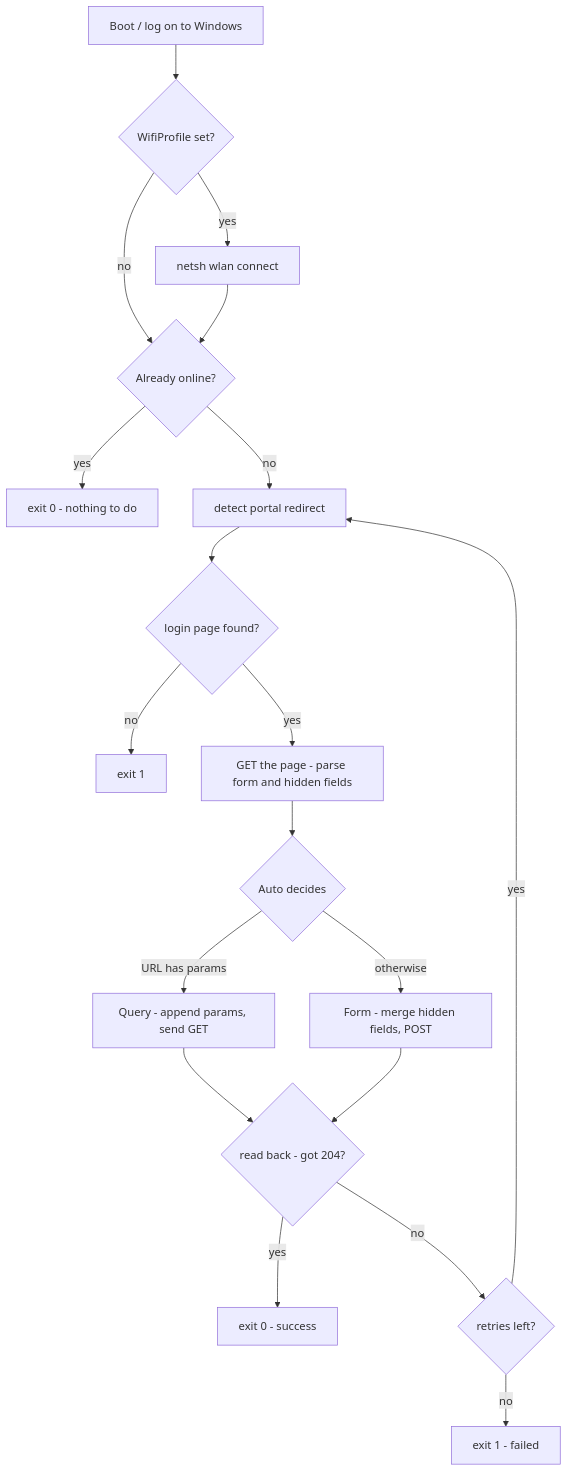
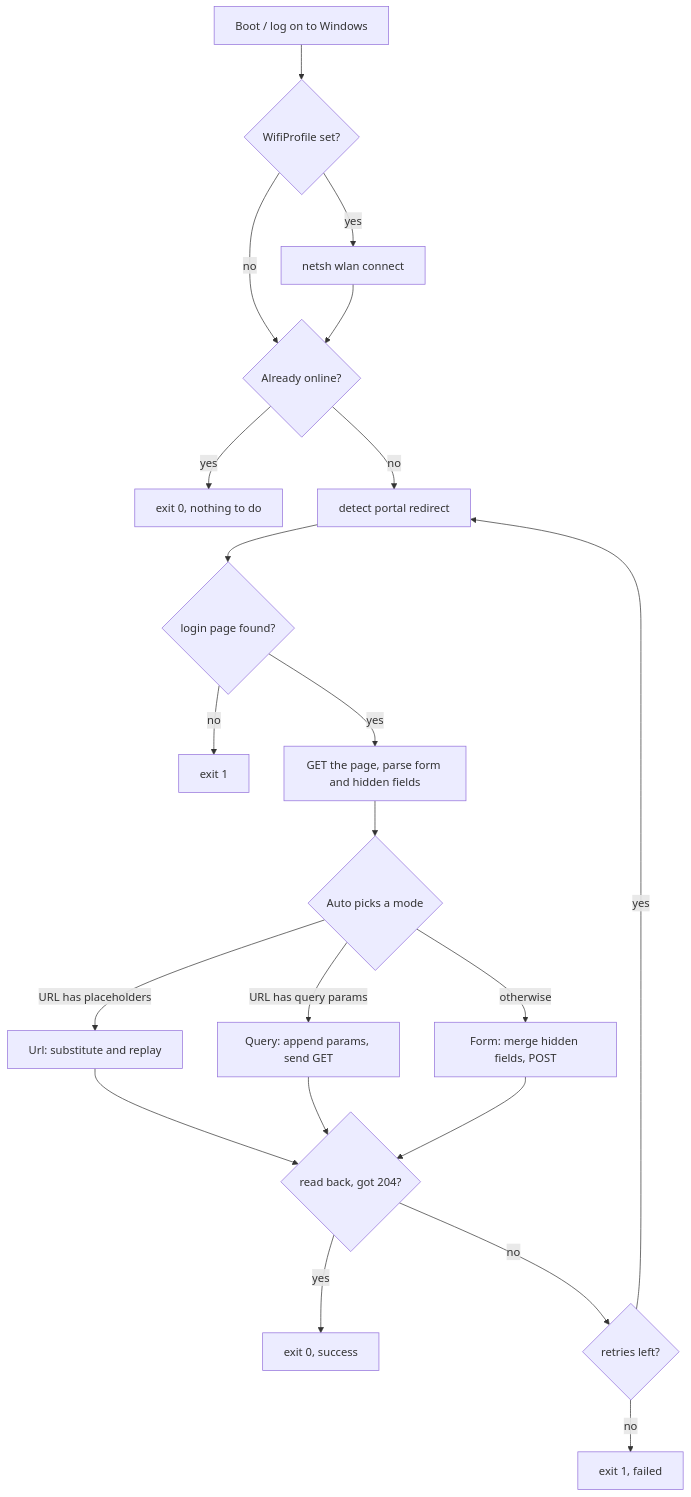
The diagram in README.en.md (sixrg7734/ccsu-campus-network-login), drawn with Mermaid before and after one commit. The commit also changed other lines of this file, not shown here.

````diff
--- a/README.en.md
+++ b/README.en.md
@@ -89,21 +103,23 @@
 ```mermaid
 flowchart TD
     A["Boot / log on to Windows"] --> B{"WifiProfile set?"}
     B -->|"yes"| C["netsh wlan connect"]
-    B -->|"no"| D
-    C --> D{"Already online?"}
-    D -->|"yes"| E["exit 0 - nothing to do"]
+    B -->|"no"| D{"Already online?"}
+    C --> D
+    D -->|"yes"| E["exit 0, nothing to do"]
     D -->|"no"| F["detect portal redirect"]
     F --> G{"login page found?"}
     G -->|"no"| H["exit 1"]
-    G -->|"yes"| I["GET the page - parse form and hidden fields"]
-    I --> J{"Auto decides"}
-    J -->|"URL has params"| K["Query - append params, send GET"]
-    J -->|"otherwise"| L["Form - merge hidden fields, POST"]
-    K --> M
-    L --> M{"read back - got 204?"}
-    M -->|"yes"| N["exit 0 - success"]
-    M -->|"no"| O{"retries left?"}
-    O -->|"yes"| F
-    O -->|"no"| P["exit 1 - failed"]
+    G -->|"yes"| I["GET the page, parse form and hidden fields"]
+    I --> J{"Auto picks a mode"}
+    J -->|"URL has placeholders"| K["Url: substitute and replay"]
+    J -->|"URL has query params"| L["Query: append params, send GET"]
+    J -->|"otherwise"| M["Form: merge hidden fields, POST"]
+    K --> N
+    L --> N
+    M --> N{"read back, got 204?"}
+    N -->|"yes"| O["exit 0, success"]
+    N -->|"no"| P{"retries left?"}
+    P -->|"yes"| F
+    P -->|"no"| Q["exit 1, failed"]
 ```
````
